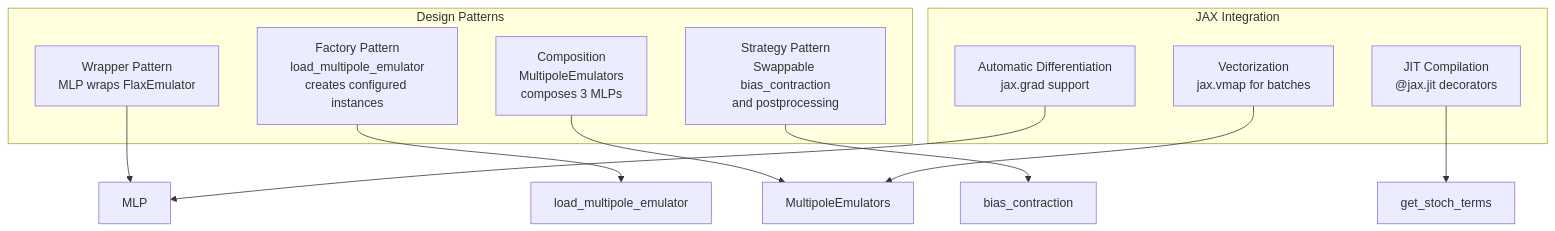
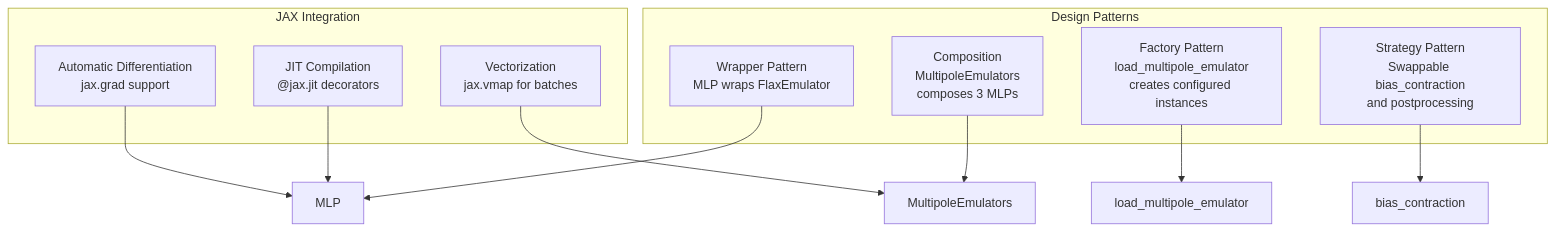
One commit to CosmologicalEmulators/jaxeffort changed the sixth of 6 diagrams in ARCHITECTURE.md. Above: the diagram before and after it, drawn with Mermaid. The commit also changed 10 other files, not shown here.

````diff
--- a/ARCHITECTURE.md
+++ b/ARCHITECTURE.md
@@ -216,24 +216,24 @@
 ```mermaid
 graph TD
     subgraph "Design Patterns"
         Wrapper[Wrapper Pattern<br/>MLP wraps FlaxEmulator]
         Factory[Factory Pattern<br/>load_multipole_emulator<br/>creates configured instances]
         Composition[Composition<br/>MultipoleEmulators<br/>composes 3 MLPs]
         Strategy[Strategy Pattern<br/>Swappable bias_contraction<br/>and postprocessing]
     end
     
     subgraph "JAX Integration"
         JIT[JIT Compilation<br/>@jax.jit decorators]
         Grad[Automatic Differentiation<br/>jax.grad support]
         Vmap[Vectorization<br/>jax.vmap for batches]
     end
     
     Wrapper --> MLP
     Factory --> load_multipole_emulator
     Composition --> MultipoleEmulators
     Strategy --> bias_contraction
-    
-    JIT --> get_stoch_terms
+
+    JIT --> MLP
     Grad --> MLP
     Vmap --> MultipoleEmulators
 ```
````
